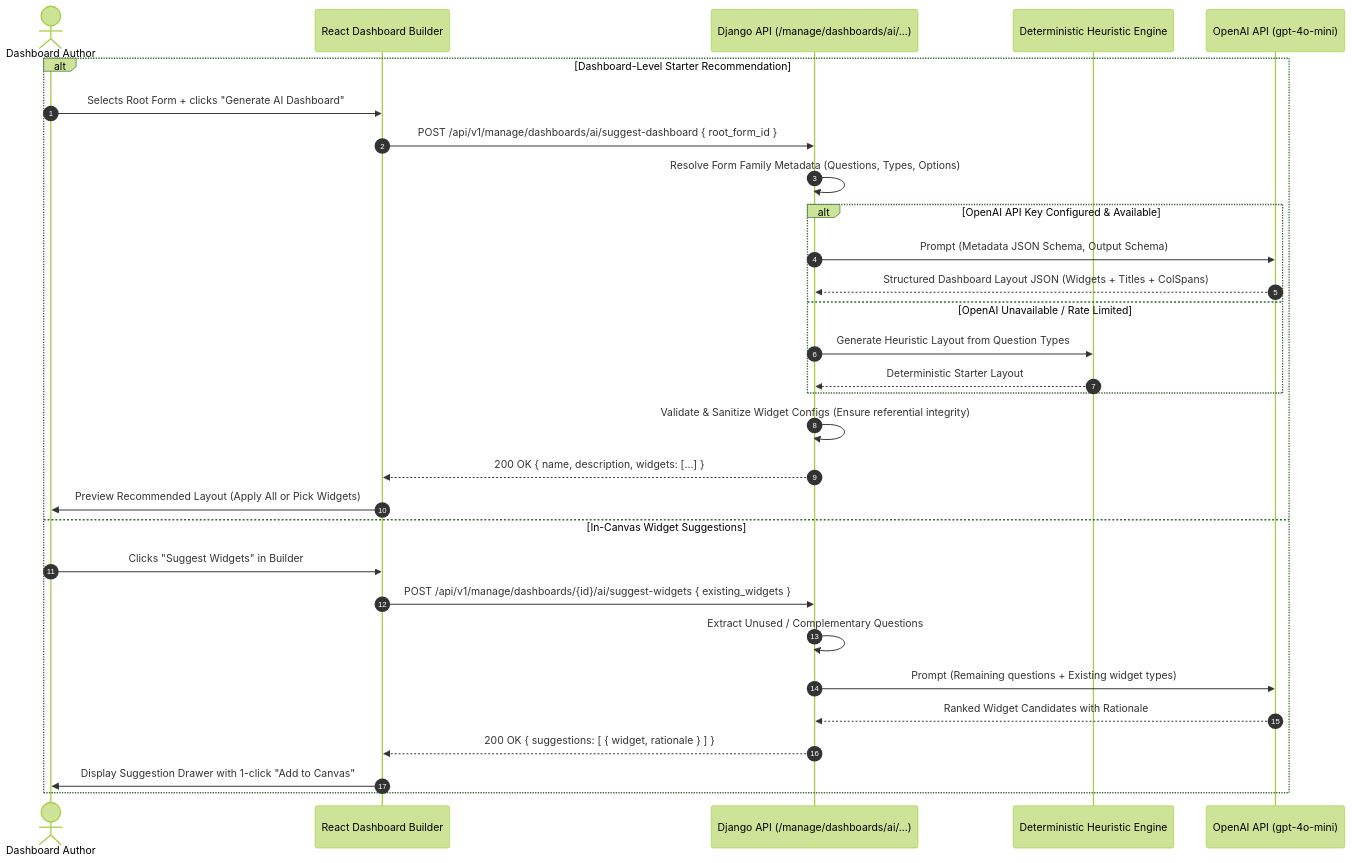
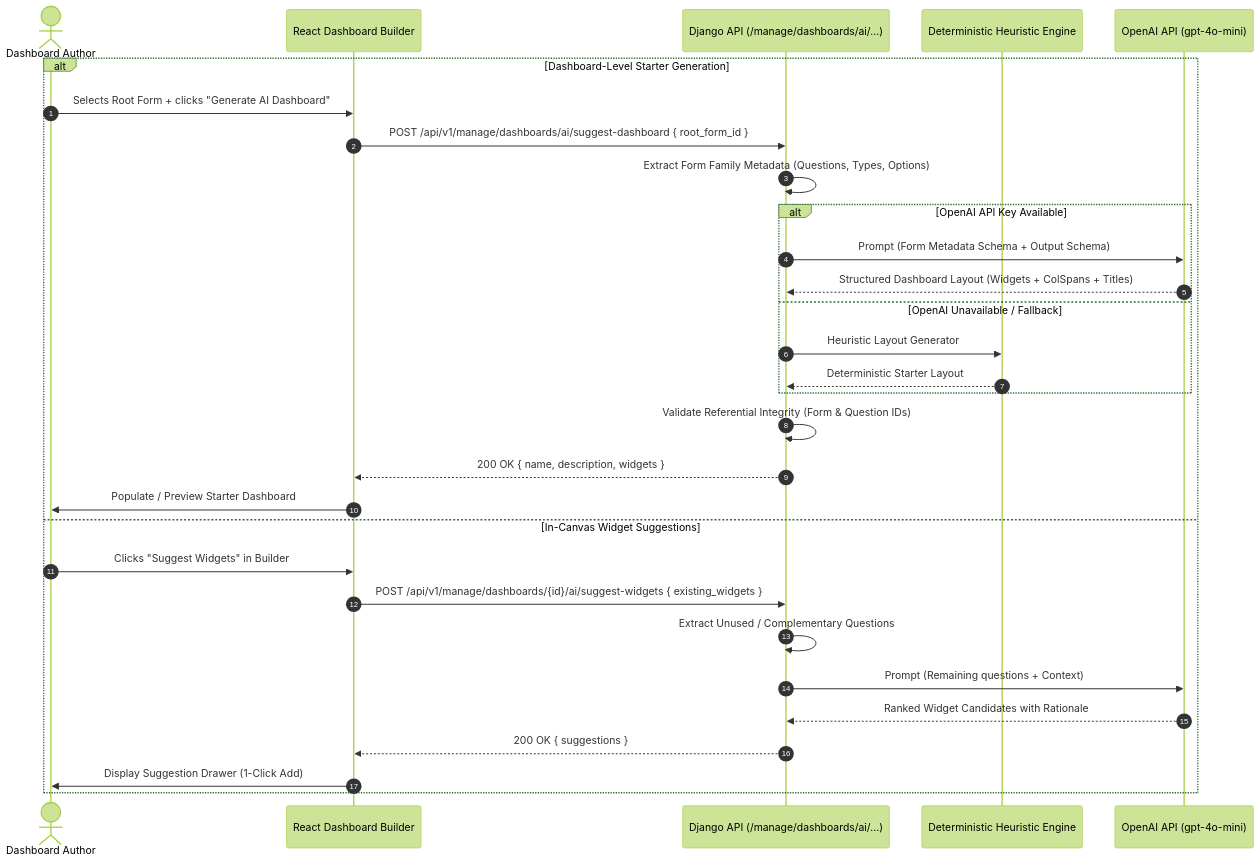
Before and after one commit to akvo/akvo-mis: the diagram in doc/design/VIZ-AI-001-ai-dashboard-visualization-layer.md, drawn with Mermaid (forest theme). The commit also changed other lines of this file, not shown here.

Commit message:
[#452] docs(viz): consolidate AI visualization roadmap into 3 tasks with comprehensive testing estimates

````diff
--- a/doc/design/VIZ-AI-001-ai-dashboard-visualization-layer.md
+++ b/doc/design/VIZ-AI-001-ai-dashboard-visualization-layer.md
@@ -48,33 +54,33 @@
 ```mermaid
 sequenceDiagram
     autonumber
     actor Author as Dashboard Author
     participant FE as React Dashboard Builder
     participant BE as Django API (/manage/dashboards/ai/...)
-    participant RuleEngine as Deterministic Heuristic Engine
+    participant Fallback as Deterministic Heuristic Engine
     participant OpenAI as OpenAI API (gpt-4o-mini)
 
-    alt Dashboard-Level Starter Recommendation
+    alt Dashboard-Level Starter Generation
         Author->>FE: Selects Root Form + clicks "Generate AI Dashboard"
         FE->>BE: POST /api/v1/manage/dashboards/ai/suggest-dashboard { root_form_id }
-        BE->>BE: Resolve Form Family Metadata (Questions, Types, Options)
-        alt OpenAI API Key Configured & Available
-            BE->>OpenAI: Prompt (Metadata JSON Schema, Output Schema)
-            OpenAI-->>BE: Structured Dashboard Layout JSON (Widgets + Titles + ColSpans)
-        else OpenAI Unavailable / Rate Limited
-            BE->>RuleEngine: Generate Heuristic Layout from Question Types
-            RuleEngine-->>BE: Deterministic Starter Layout
+        BE->>BE: Extract Form Family Metadata (Questions, Types, Options)
+        alt OpenAI API Key Available
+            BE->>OpenAI: Prompt (Form Metadata Schema + Output Schema)
+            OpenAI-->>BE: Structured Dashboard Layout (Widgets + ColSpans + Titles)
+        else OpenAI Unavailable / Fallback
+            BE->>Fallback: Heuristic Layout Generator
+            Fallback-->>BE: Deterministic Starter Layout
         end
-        BE->>BE: Validate & Sanitize Widget Configs (Ensure referential integrity)
-        BE-->>FE: 200 OK { name, description, widgets: [...] }
-        FE->>Author: Preview Recommended Layout (Apply All or Pick Widgets)
+        BE->>BE: Validate Referential Integrity (Form & Question IDs)
+        BE-->>FE: 200 OK { name, description, widgets }
+        FE->>Author: Populate / Preview Starter Dashboard
     else In-Canvas Widget Suggestions
         Author->>FE: Clicks "Suggest Widgets" in Builder
         FE->>BE: POST /api/v1/manage/dashboards/{id}/ai/suggest-widgets { existing_widgets }
         BE->>BE: Extract Unused / Complementary Questions
-        BE->>OpenAI: Prompt (Remaining questions + Existing widget types)
+        BE->>OpenAI: Prompt (Remaining questions + Context)
         OpenAI-->>BE: Ranked Widget Candidates with Rationale
-        BE-->>FE: 200 OK { suggestions: [ { widget, rationale } ] }
-        FE->>Author: Display Suggestion Drawer with 1-click "Add to Canvas"
+        BE-->>FE: 200 OK { suggestions }
+        FE->>Author: Display Suggestion Drawer (1-Click Add)
     end
 ```
````
